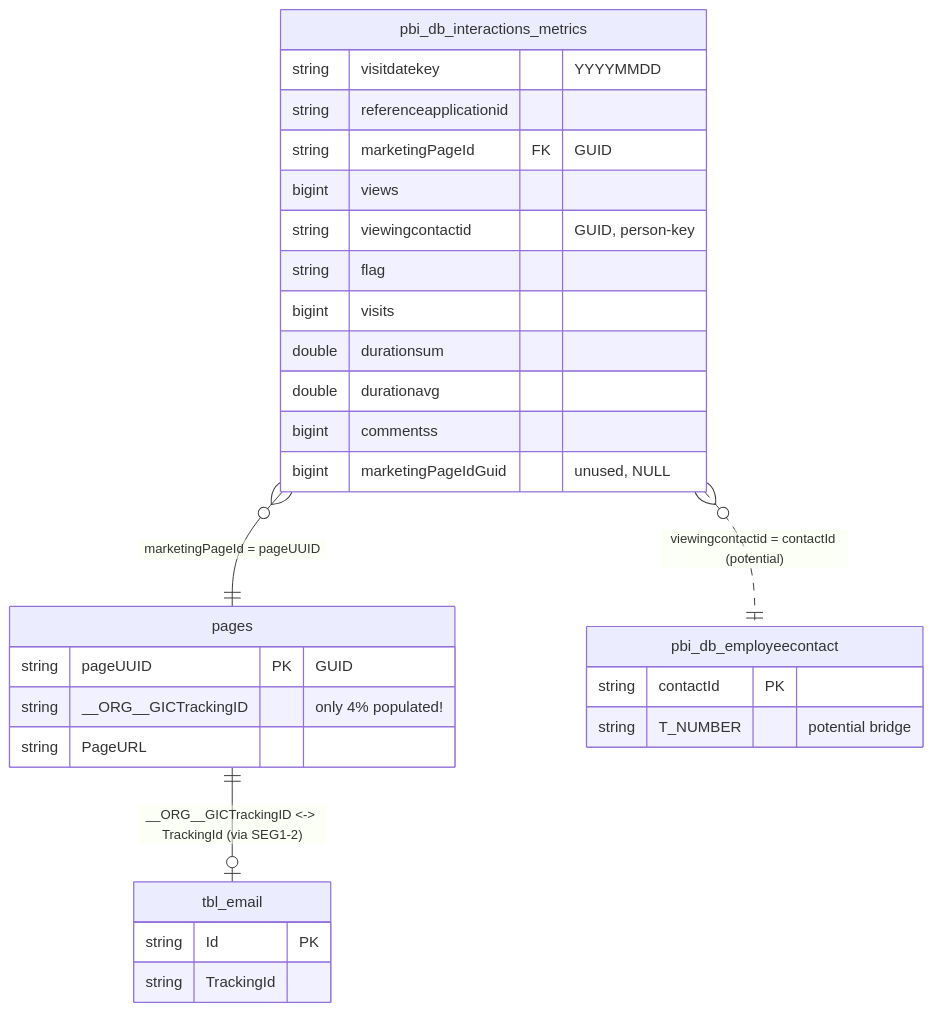
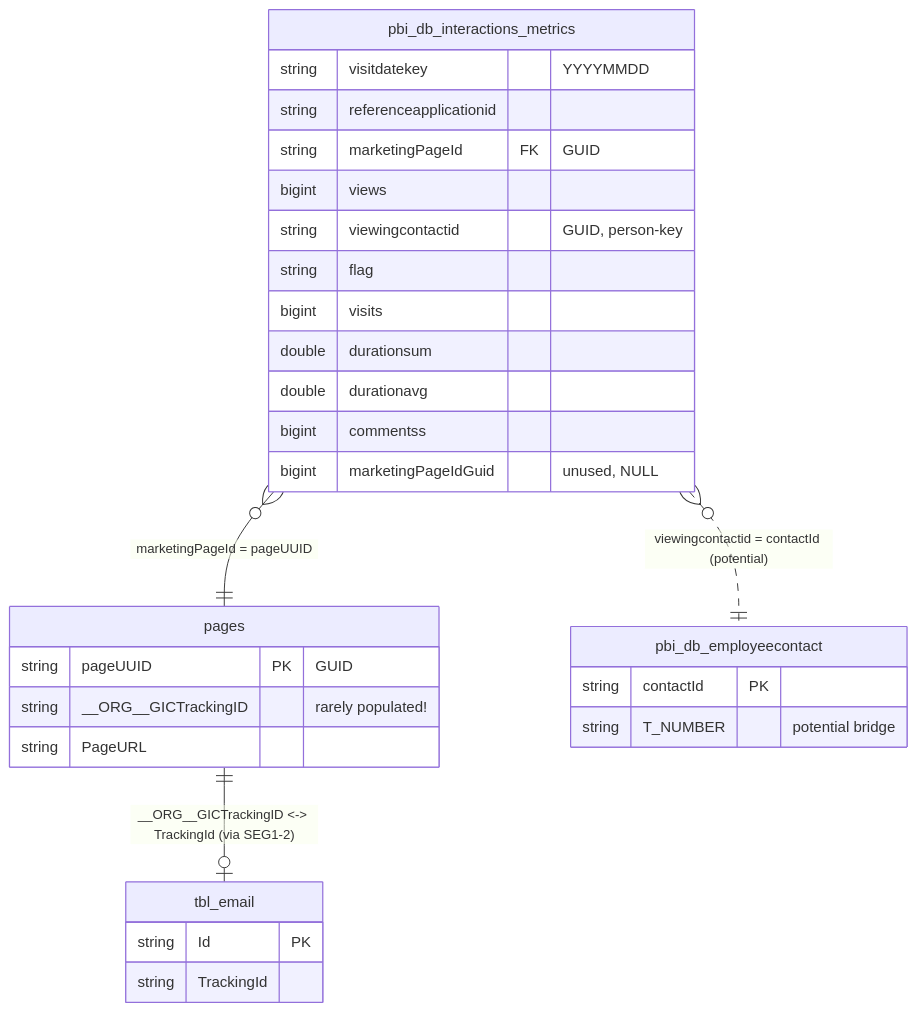
Before and after one commit to dallmi/Databricks: the diagram in docs/tables/sharepoint_gold/pbi_db_interactions_metrics.md, drawn with Mermaid. The commit also changed other lines of this file and 87 other files, not shown here.

````diff
--- a/docs/tables/sharepoint_gold/pbi_db_interactions_metrics.md
+++ b/docs/tables/sharepoint_gold/pbi_db_interactions_metrics.md
@@ -21,33 +21,33 @@
 ```mermaid
 erDiagram
     pbi_db_interactions_metrics }o--|| pages                  : "marketingPageId = pageUUID"
     pages                       ||--o| tbl_email              : "__ORG__GICTrackingID <-> TrackingId (via SEG1-2)"
     pbi_db_interactions_metrics }o..|| pbi_db_employeecontact : "viewingcontactid = contactId (potential)"
 
     pbi_db_interactions_metrics {
         string visitdatekey "YYYYMMDD"
         string referenceapplicationid
         string marketingPageId FK "GUID"
         bigint views
         string viewingcontactid "GUID, person-key"
         string flag
         bigint visits
         double durationsum
         double durationavg
         bigint commentss
         bigint marketingPageIdGuid "unused, NULL"
     }
     pages {
         string pageUUID PK "GUID"
-        string __ORG__GICTrackingID "only 4% populated!"
+        string __ORG__GICTrackingID "rarely populated!"
         string PageURL
     }
     tbl_email {
         string Id PK
         string TrackingId
     }
     pbi_db_employeecontact {
         string contactId PK
         string T_NUMBER "potential bridge"
     }
 ```
````
